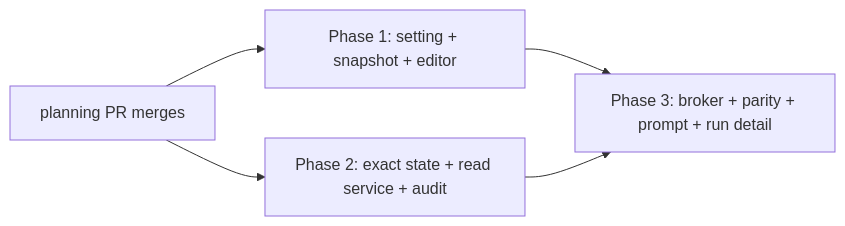
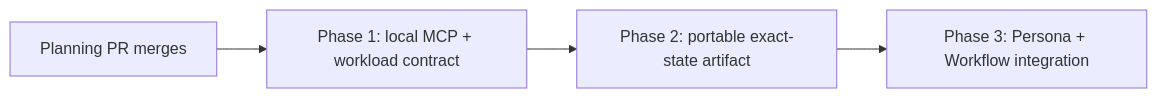
Before and after one commit to teamupstart/mission-control: the diagram in docs/plans/persona-repository-access/phased-plan.md, drawn with Mermaid. The commit also changed other lines of this file and 9 other files, not shown here.

````diff
--- a/docs/plans/persona-repository-access/phased-plan.md
+++ b/docs/plans/persona-repository-access/phased-plan.md
@@ -166,7 +103,6 @@
 ```mermaid
 flowchart LR
-  P[planning PR merges] --> A[Phase 1: setting + snapshot + editor]
-  P --> B[Phase 2: exact state + read service + audit]
-  A --> C[Phase 3: broker + parity + prompt + run detail]
-  B --> C
+  P[Planning PR merges] --> A[Phase 1: local MCP + workload contract]
+  A --> B[Phase 2: portable exact-state artifact]
+  B --> C[Phase 3: Persona + Workflow integration]
 ```
````
